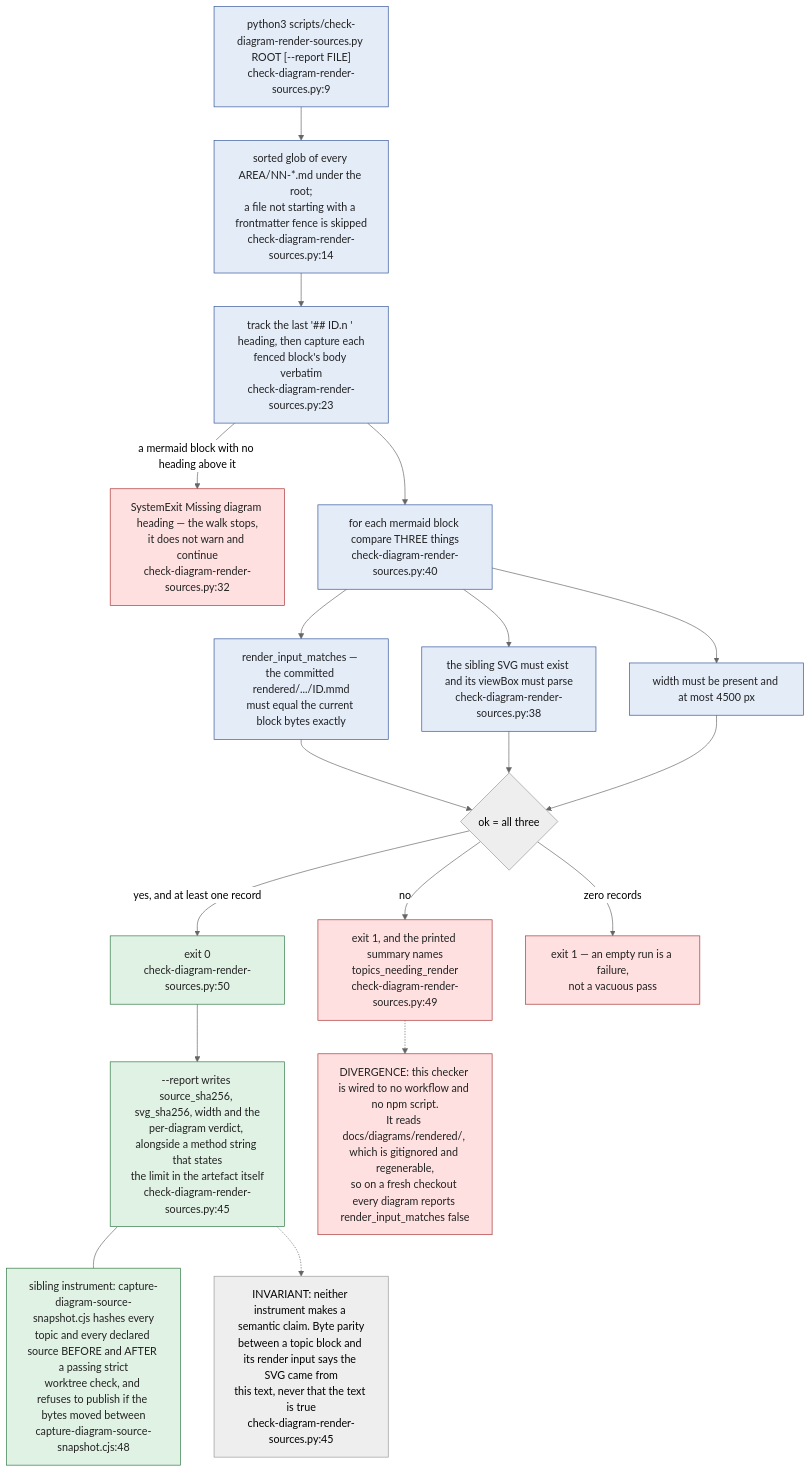
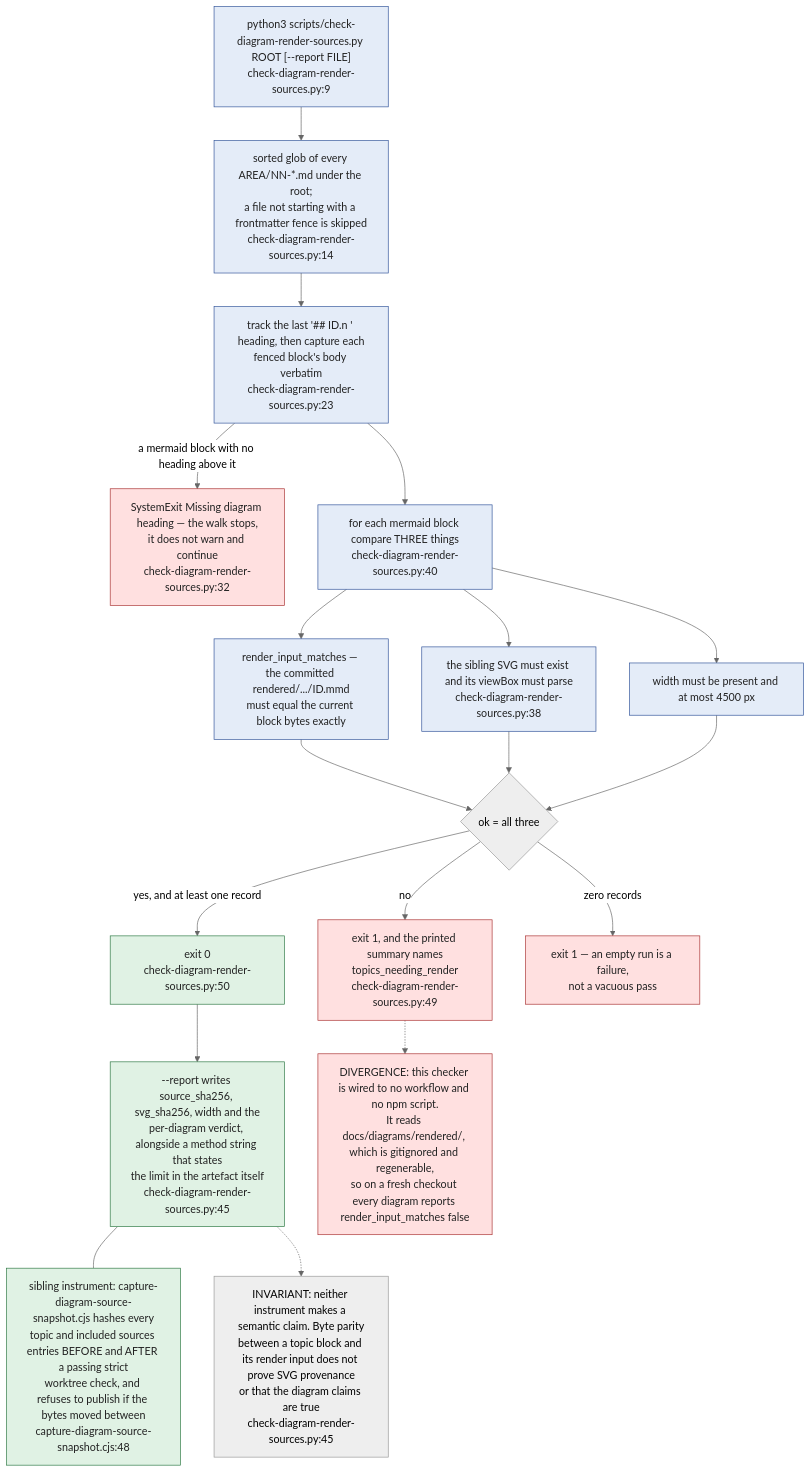
Before and after one commit to DreamLab-AI/VisionFlow: diagram 14 of 15 in docs/diagrams/visionflow/06-diagram-tooling.md, drawn with Mermaid (neutral theme). The commit also changed other lines of this file and 2 other files, not shown here.

Commit message:
docs(audit): qualify diagram evidence and compare user alternatives

````diff
--- a/docs/diagrams/visionflow/06-diagram-tooling.md
+++ b/docs/diagrams/visionflow/06-diagram-tooling.md
@@ -457,35 +457,35 @@
 ```mermaid
 flowchart TB
     classDef parse fill:#e4ecf8,stroke:#33559a,color:#222
     classDef ok fill:#e0f2e4,stroke:#2f7a45,color:#222
     classDef fail fill:#ffe0e0,stroke:#aa3333,color:#222
 
     CLI["python3 scripts/check-diagram-render-sources.py ROOT [--report FILE]<br/>check-diagram-render-sources.py:9"]:::parse
     CLI --> WALK["sorted glob of every AREA/NN-*.md under the root;<br/>a file not starting with a frontmatter fence is skipped<br/>check-diagram-render-sources.py:14"]:::parse
     WALK --> SCAN["track the last '## ID.n ' heading, then capture each<br/>fenced block's body verbatim<br/>check-diagram-render-sources.py:23"]:::parse
     SCAN -->|"a mermaid block with no heading above it"| HALT["SystemExit Missing diagram heading — the walk stops,<br/>it does not warn and continue<br/>check-diagram-render-sources.py:32"]:::fail
 
     SCAN --> CMP["for each mermaid block compare THREE things<br/>check-diagram-render-sources.py:40"]:::parse
     CMP --> T1["render_input_matches — the committed rendered/.../ID.mmd<br/>must equal the current block bytes exactly"]:::parse
     CMP --> T2["the sibling SVG must exist and its viewBox must parse<br/>check-diagram-render-sources.py:38"]:::parse
     CMP --> T3["width must be present and at most 4500 px"]:::parse
 
     T1 --> VERD{"ok = all three"}
     T2 --> VERD
     T3 --> VERD
     VERD -->|no| E1["exit 1, and the printed summary names<br/>topics_needing_render<br/>check-diagram-render-sources.py:49"]:::fail
     VERD -->|"yes, and at least one record"| E0["exit 0<br/>check-diagram-render-sources.py:50"]:::ok
     VERD -->|"zero records"| E2["exit 1 — an empty run is a failure,<br/>not a vacuous pass"]:::fail
 
     REP["--report writes source_sha256, svg_sha256, width and the<br/>per-diagram verdict, alongside a method string that states<br/>the limit in the artefact itself<br/>check-diagram-render-sources.py:45"]:::ok
     E0 --> REP
 
-    SIB["sibling instrument: capture-diagram-source-snapshot.cjs hashes every<br/>topic and every declared source BEFORE and AFTER a passing strict<br/>worktree check, and refuses to publish if the bytes moved between<br/>capture-diagram-source-snapshot.cjs:48"]:::ok
+    SIB["sibling instrument: capture-diagram-source-snapshot.cjs hashes every<br/>topic and included sources entries BEFORE and AFTER a passing strict<br/>worktree check, and refuses to publish if the bytes moved between<br/>capture-diagram-source-snapshot.cjs:48"]:::ok
     REP --- SIB
 
-    LIM["INVARIANT: neither instrument makes a semantic claim. Byte parity<br/>between a topic block and its render input says the SVG came from<br/>this text, never that the text is true<br/>check-diagram-render-sources.py:45"]
+    LIM["INVARIANT: neither instrument makes a semantic claim. Byte parity<br/>between a topic block and its render input does not prove SVG provenance<br/>or that the diagram claims are true<br/>check-diagram-render-sources.py:45"]
     REP -.-> LIM
 
     DIV["DIVERGENCE: this checker is wired to no workflow and no npm script.<br/>It reads docs/diagrams/rendered/, which is gitignored and regenerable,<br/>so on a fresh checkout every diagram reports render_input_matches false"]:::fail
     E1 -.-> DIV
 ```
````
